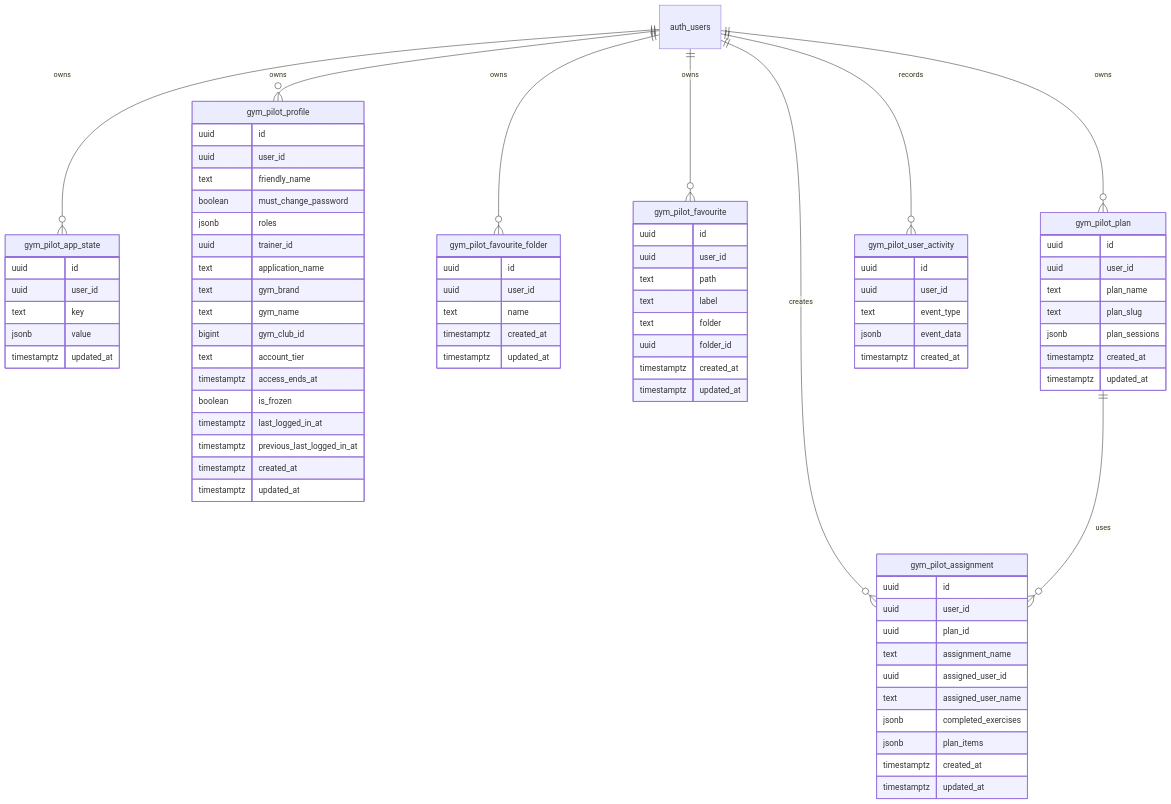
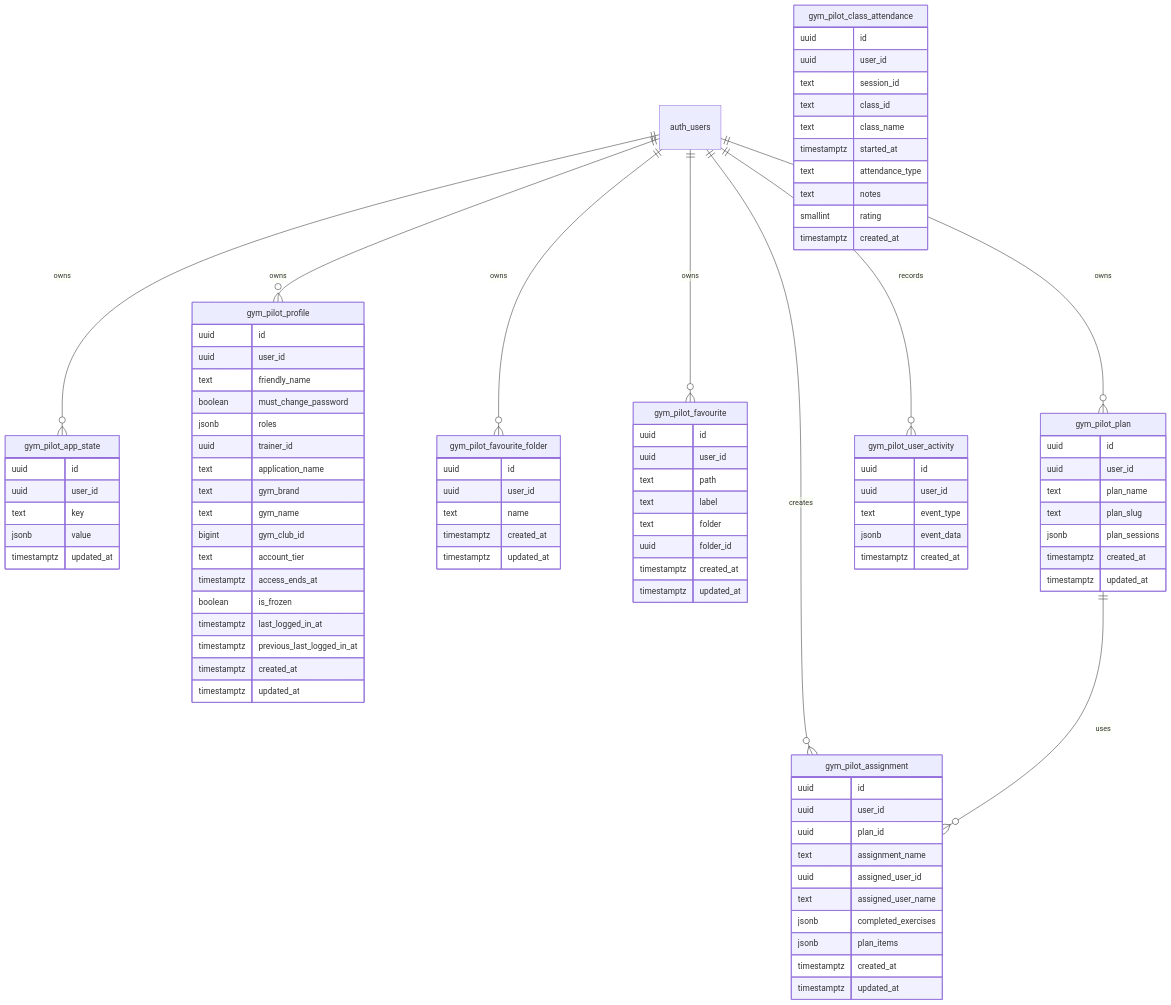
The diagram in docs/data-schema.md (asudbury/gym-pilot), drawn with Mermaid before and after one commit. The commit also changed other lines of this file and 9 other files, not shown here.

````diff
--- a/docs/data-schema.md
+++ b/docs/data-schema.md
@@ -197,4 +198,17 @@
         jsonb event_data
         timestamptz created_at
     }
+
+    gym_pilot_class_attendance {
+        uuid id
+        uuid user_id
+        text session_id
+        text class_id
+        text class_name
+        timestamptz started_at
+        text attendance_type
+        text notes
+        smallint rating
+        timestamptz created_at
+    }
 ```
````
